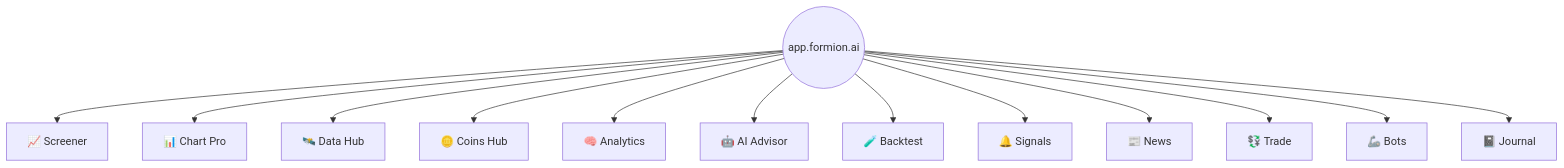
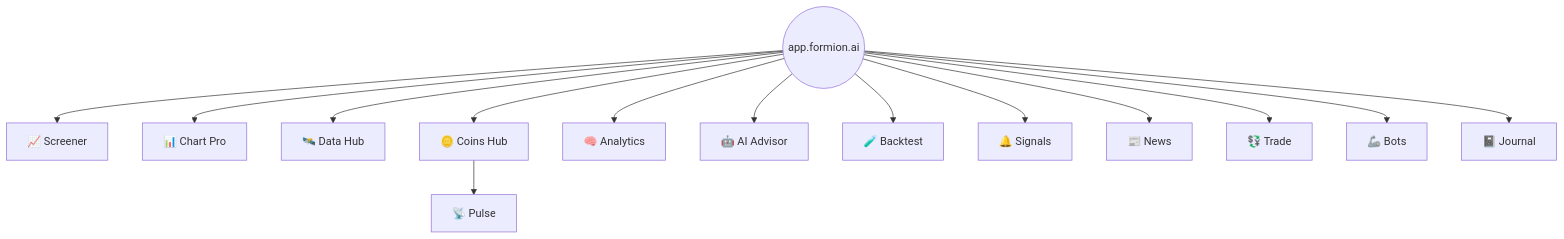
Before and after one commit to formionai/docs: the diagram in the-app.md, drawn with Mermaid. The commit also changed other lines of this file, not shown here.

Commit message:
docs(the-app): cross-link Formion Pulse from the app tour

````diff
--- a/the-app.md
+++ b/the-app.md
@@ -11,15 +11,16 @@
 ```mermaid
 flowchart TD
   APP(("app.formion.ai")) --> S["📈 Screener"]
   APP --> C["📊 Chart Pro"]
   APP --> D["🛰️ Data Hub"]
   APP --> CH["🪙 Coins Hub"]
+  CH --> PU["📡 Pulse"]
   APP --> AN["🧠 Analytics"]
   APP --> AI["🤖 AI Advisor"]
   APP --> BT["🧪 Backtest"]
   APP --> SG["🔔 Signals"]
   APP --> NW["📰 News"]
   APP --> TR["💱 Trade"]
   APP --> BO["🦾 Bots"]
   APP --> JR["📓 Journal"]
 ```
````
